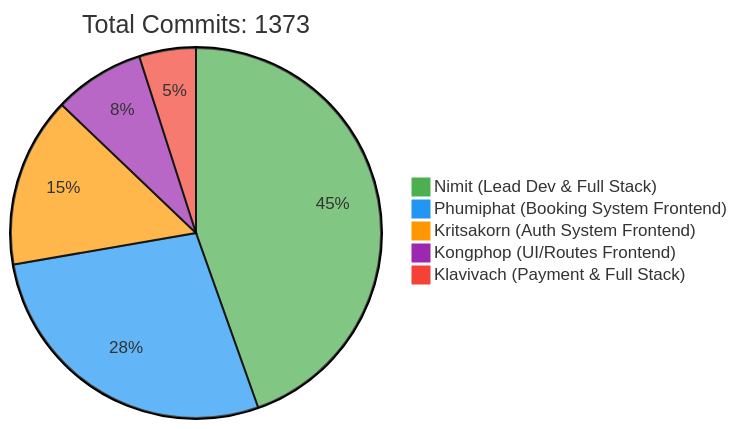
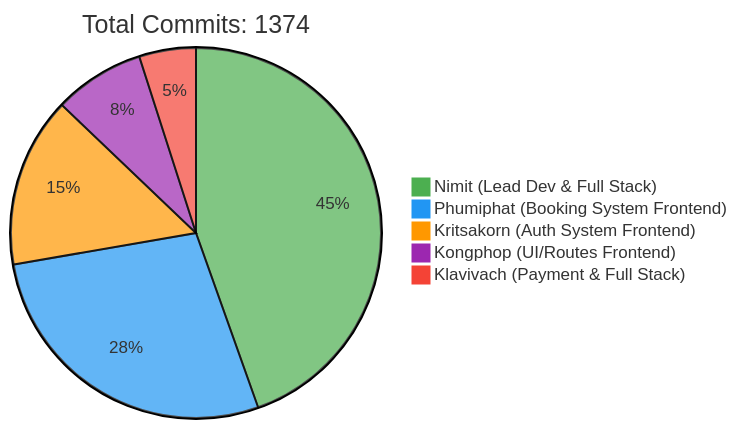
The first of 2 diagrams in README.md (6531503042/Sport-Complex), drawn with Mermaid before and after one commit. The commit also changed other lines of this file, not shown here.

Commit message:
docs: Update contributor statistics [skip ci]

````diff
--- a/README.md
+++ b/README.md
@@ -257,10 +257,10 @@
 ```mermaid
 %%{init: {'theme': 'base', 'themeVariables': { 'pie1': '#4CAF50', 'pie2': '#2196F3', 'pie3': '#FF9800', 'pie4': '#9C27B0', 'pie5': '#F44336'}}}%%
 pie
-    title Total Commits: 1373
+    title Total Commits: 1374
     "Nimit (Lead Dev & Full Stack)" : 450
     "Phumiphat (Booking System Frontend)" : 280
     "Kritsakorn (Auth System Frontend)" : 150
     "Kongphop (UI/Routes Frontend)" : 80
     "Klavivach (Payment & Full Stack)" : 50
 ```
````
